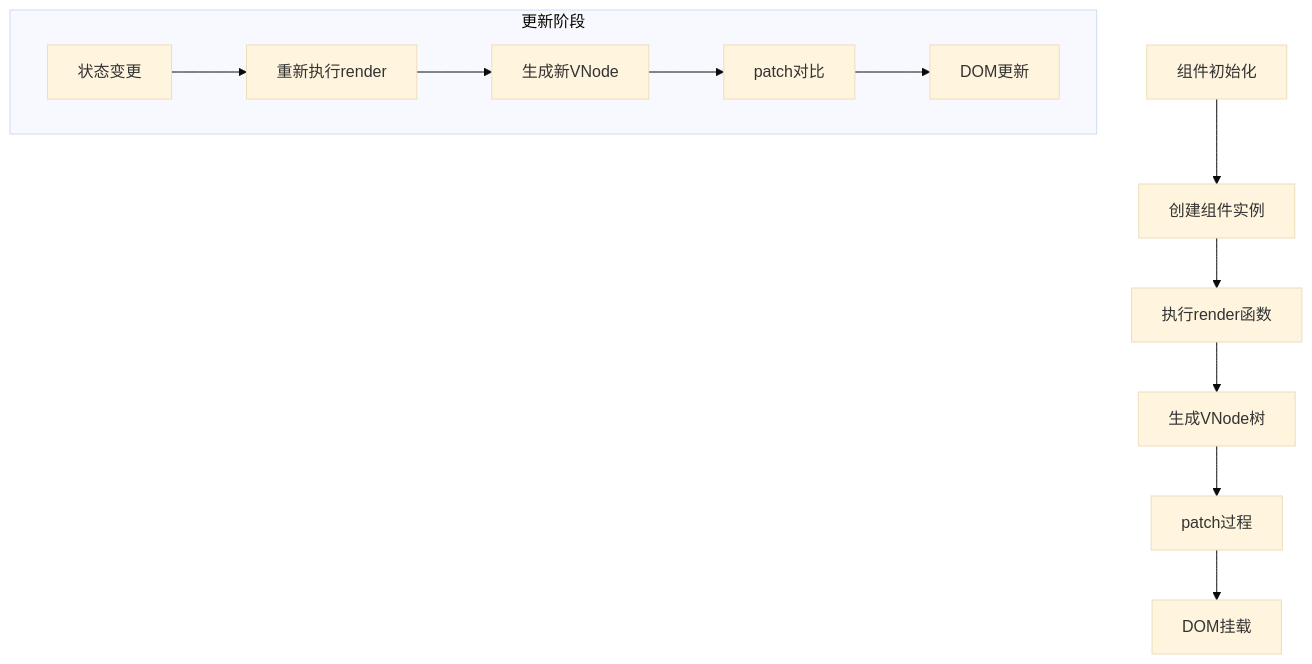
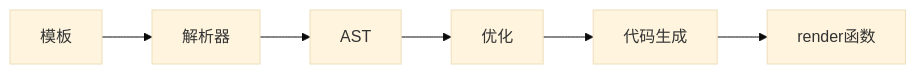
One commit to hzjswlgbsj/blog changed the third of 5 diagrams in vue/渲染机制.md. Above: the diagram before and after it, drawn with Mermaid (base theme). The commit also changed other lines of this file and 1 other file, not shown here.

````diff
--- a/vue/渲染机制.md
+++ b/vue/渲染机制.md
@@ -182,15 +444,8 @@
 ```mermaid
-flowchart TD
-    A[组件初始化] --> B[创建组件实例]
-    B --> C[执行render函数]
-    C --> D[生成VNode树]
-    D --> E[patch过程]
-    E --> F[DOM挂载]
-    
-    subgraph 更新阶段
-        G[状态变更] --> H[重新执行render]
-        H --> I[生成新VNode]
-        I --> J[patch对比]
-        J --> K[DOM更新]
-    end
+graph LR
+    A[模板] --> B[解析器]
+    B --> C[AST]
+    C --> D[优化]
+    D --> E[代码生成]
+    E --> F[render函数]
 ```
````
